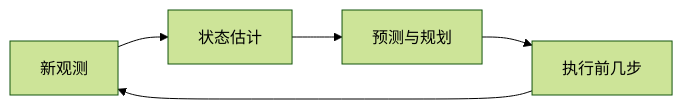
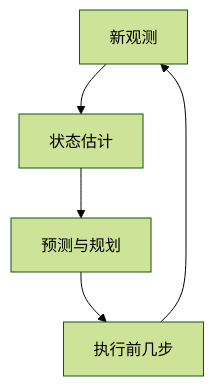
One commit to microarch-flow/wiki changed the diagram in series/workload/decision-and-policy/prediction-planning-control.md. Above: the diagram before and after it, drawn with Mermaid (forest theme). The commit also changed 3 other files, not shown here.

Commit message:
Make Workload mechanism diagrams readable on narrow screens

````diff
--- a/series/workload/decision-and-policy/prediction-planning-control.md
+++ b/series/workload/decision-and-policy/prediction-planning-control.md
@@ -28,7 +28,7 @@
 ```mermaid
-flowchart LR
+flowchart TD
   O[新观测] --> S[状态估计]
   S --> P[预测与规划]
   P --> A[执行前几步]
   A --> O
 ```
````
